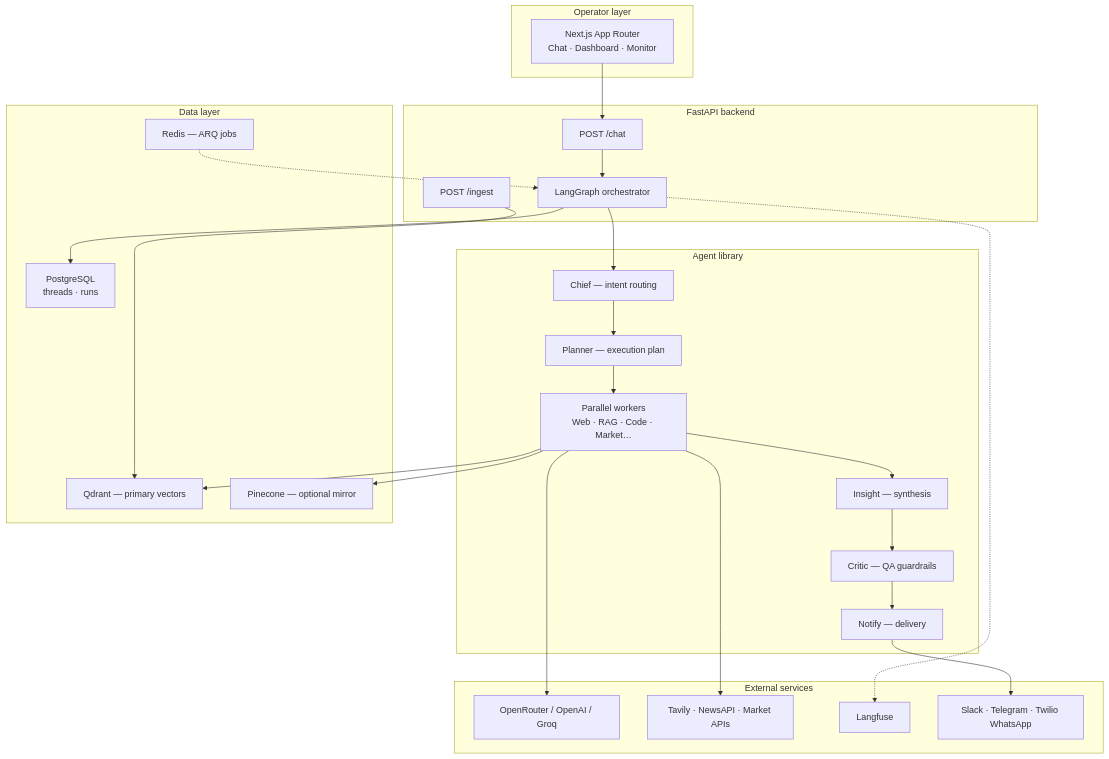
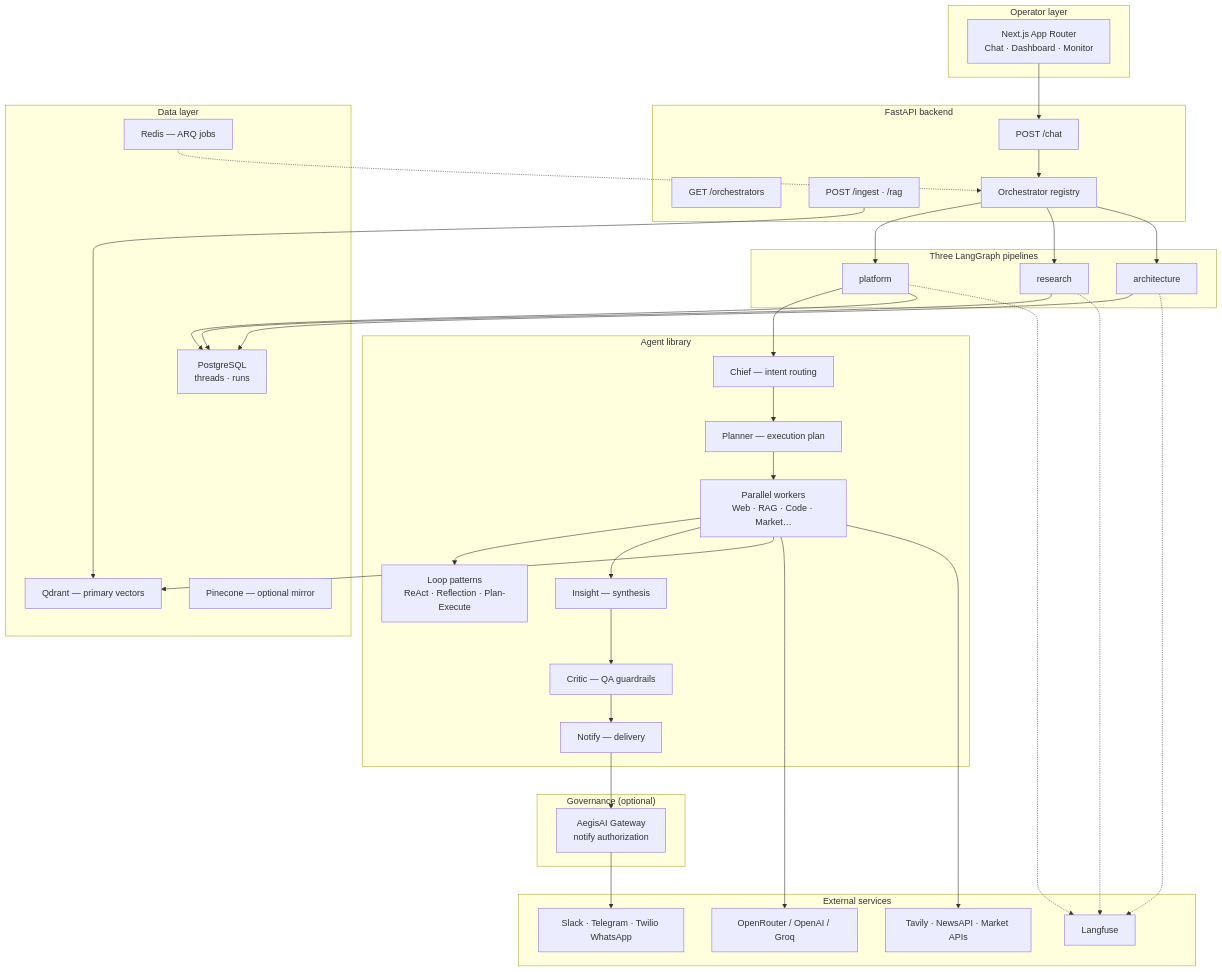
One commit to vpeetla-ai/venkat-ai-platform changed the fourth of 5 diagrams in README.md. Above: the diagram before and after it, drawn with Mermaid. The commit also changed other lines of this file and 2 other files, not shown here.

First line of the commit message:
Add mermaid diagrams for orchestrators, RAG, and AegisAI gateway to docs.

````diff
--- a/README.md
+++ b/README.md
@@ -88,48 +127,65 @@
 ```mermaid
 flowchart TB
     subgraph Client["Operator layer"]
         UI["Next.js App Router<br/>Chat · Dashboard · Monitor"]
     end
 
     subgraph API["FastAPI backend"]
         CHAT["POST /chat"]
-        ING["POST /ingest"]
-        LG["LangGraph orchestrator"]
+        ORCH["GET /orchestrators"]
+        ING["POST /ingest · /rag"]
+        REG["Orchestrator registry"]
     end
 
+    subgraph Orch["Three LangGraph pipelines"]
+        PLAT["platform"]
+        RES["research"]
+        ARCH["architecture"]
+    end
+
+    subgraph Gov["Governance (optional)"]
+        AEGIS["AegisAI Gateway<br/>notify authorization"]
+    end
     subgraph Agents["Agent library"]
         CHIEF["Chief — intent routing"]
         PLAN["Planner — execution plan"]
         WORK["Parallel workers<br/>Web · RAG · Code · Market…"]
+        LOOPS["Loop patterns<br/>ReAct · Reflection · Plan-Execute"]
         INS["Insight — synthesis"]
         CRT["Critic — QA guardrails"]
         DEL["Notify — delivery"]
     end
 
     subgraph Data["Data layer"]
         PG["PostgreSQL<br/>threads · runs"]
         QD["Qdrant — primary vectors"]
         PC["Pinecone — optional mirror"]
         RD["Redis — ARQ jobs"]
     end
 
     subgraph External["External services"]
         LLM["OpenRouter / OpenAI / Groq"]
         SRCH["Tavily · NewsAPI · Market APIs"]
         OBS["Langfuse"]
         MSG["Slack · Telegram · Twilio WhatsApp"]
     end
 
-    UI --> CHAT --> LG
-    LG --> CHIEF --> PLAN --> WORK
+    UI --> CHAT --> REG
+    REG --> PLAT & RES & ARCH
+    PLAT --> CHIEF
+    CHIEF --> PLAN --> WORK --> LOOPS
     WORK --> INS --> CRT --> DEL
     WORK --> QD
-    WORK --> PC
-    LG --> PG
     ING --> QD
+    PLAT --> PG
+    RES --> PG
+    ARCH --> PG
     WORK --> LLM
     WORK --> SRCH
-    LG -.-> OBS
-    DEL --> MSG
-    RD -.-> LG
+    PLAT -.-> OBS
+    RES -.-> OBS
+    ARCH -.-> OBS
+    DEL --> AEGIS
+    AEGIS --> MSG
+    RD -.-> REG
 ```
````
